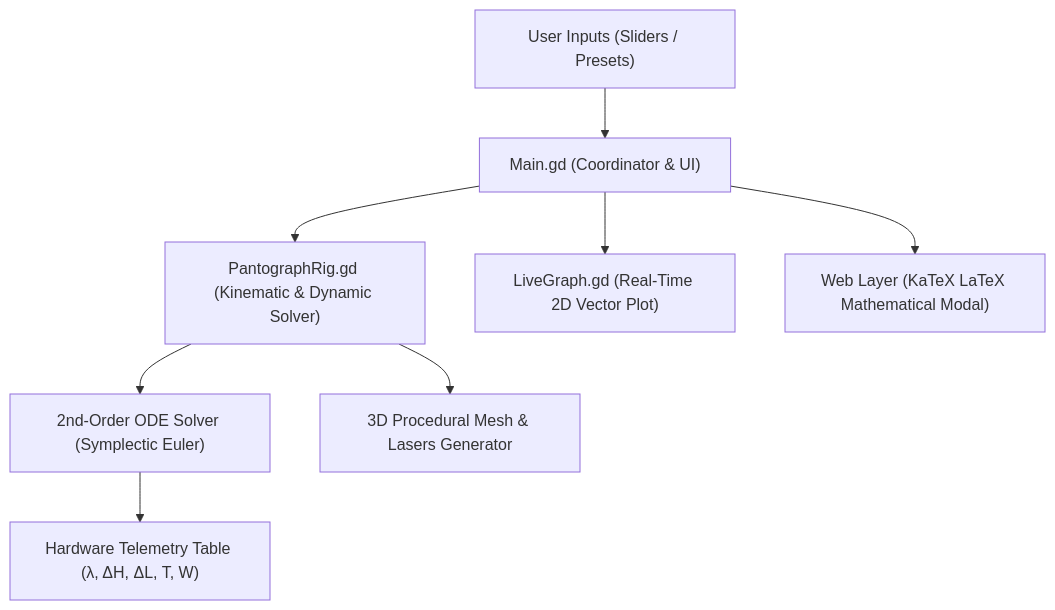
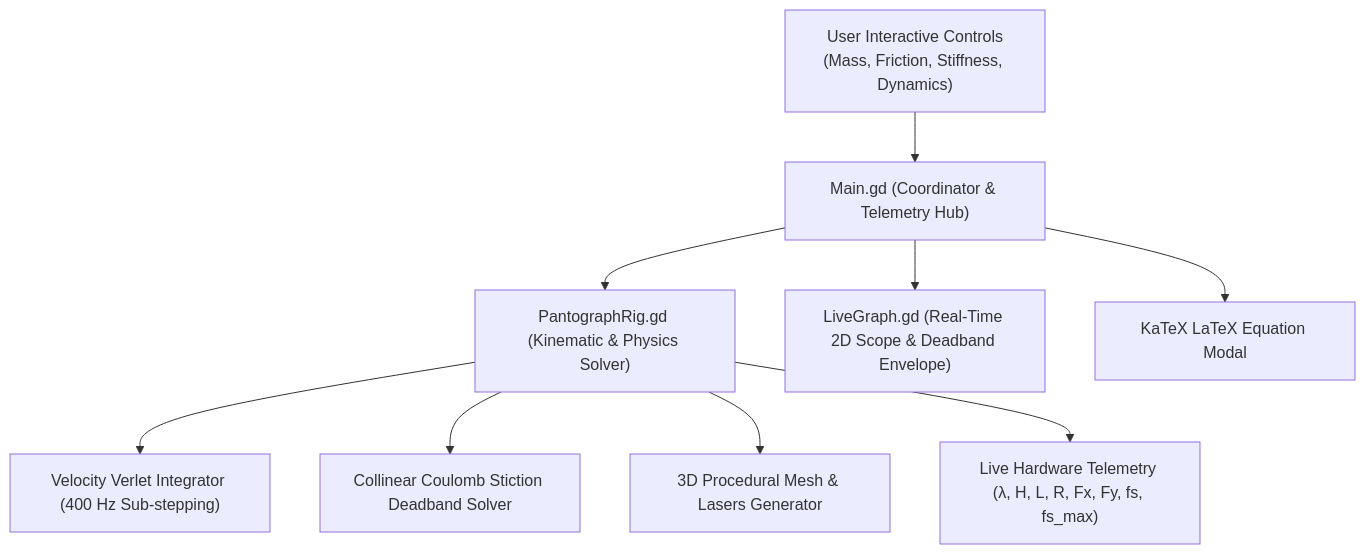
The fourth of 4 diagrams in README.md (KarenGhardashyan/scissor-mechanism-golden-rule), drawn with Mermaid before and after one commit. The commit also changed other lines of this file and 2 other files, not shown here.

Commit message:
Update README with comprehensive joint vector mechanics, stiction physics, pedagogical guide, and latest simulation screenshot

````diff
--- a/README.md
+++ b/README.md
@@ -239,10 +321,11 @@
 ```mermaid
 graph TD
-    A["User Inputs (Sliders / Presets)"] --> B["Main.gd (Coordinator & UI)"]
-    B --> C["PantographRig.gd (Kinematic & Dynamic Solver)"]
-    C --> D["2nd-Order ODE Solver (Symplectic Euler)"]
-    C --> E["3D Procedural Mesh & Lasers Generator"]
-    B --> F["LiveGraph.gd (Real-Time 2D Vector Plot)"]
-    B --> G["Web Layer (KaTeX LaTeX Mathematical Modal)"]
-    D --> H["Hardware Telemetry Table (λ, ΔH, ΔL, T, W)"]
+    A["User Interactive Controls<br>(Mass, Friction, Stiffness, Dynamics)"] --> B["Main.gd (Coordinator & Telemetry Hub)"]
+    B --> C["PantographRig.gd (Kinematic & Physics Solver)"]
+    C --> D["Velocity Verlet Integrator (400 Hz Sub-stepping)"]
+    C --> E["Collinear Coulomb Stiction Deadband Solver"]
+    C --> F["3D Procedural Mesh & Lasers Generator"]
+    B --> G["LiveGraph.gd (Real-Time 2D Scope & Deadband Envelope)"]
+    B --> H["KaTeX LaTeX Equation Modal"]
+    C --> I["Live Hardware Telemetry (λ, H, L, R, Fx, Fy, fs, fs_max)"]
 ```
````
